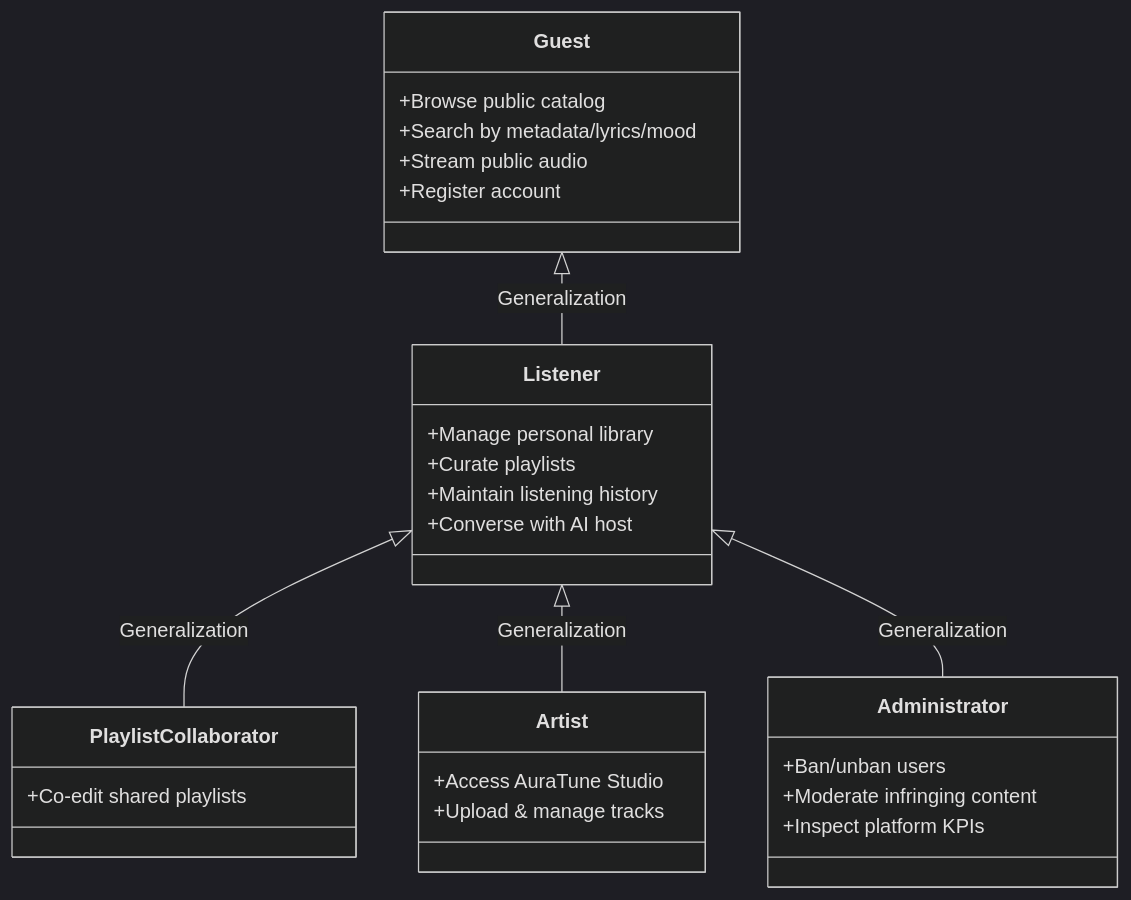
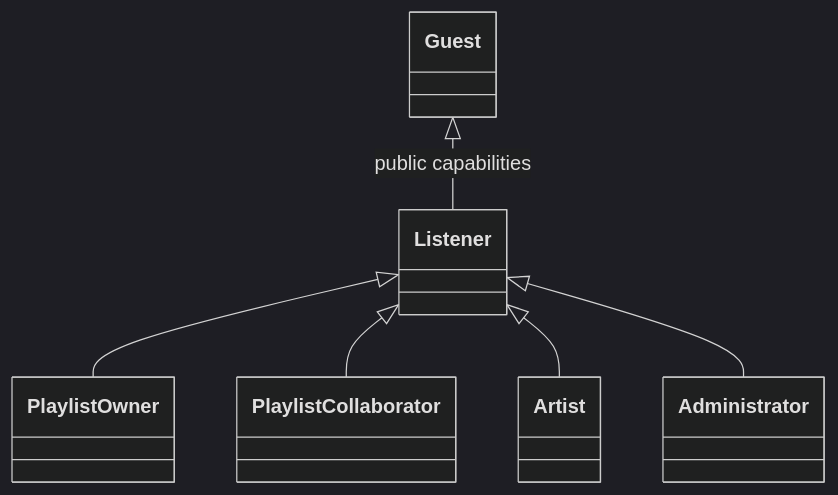
Before and after one commit to lecongminhnhut/AuraTune_G10: the first of 22 diagrams in docs/requirements/use-case-model.md, drawn with Mermaid (dark theme). The commit also changed other lines of this file and 3 other files, not shown here.

````diff
--- a/docs/requirements/use-case-model.md
+++ b/docs/requirements/use-case-model.md
@@ -64,32 +39,15 @@
 ```mermaid
 classDiagram
-    direction BT
-    class Guest {
-        +Browse public catalog
-        +Search by metadata/lyrics/mood
-        +Stream public audio
-        +Register account
-    }
-    class Listener {
-        +Manage personal library
-        +Curate playlists
-        +Maintain listening history
-        +Converse with AI host
-    }
-    class PlaylistCollaborator {
-        +Co-edit shared playlists
-    }
-    class Artist {
-        +Access AuraTune Studio
-        +Upload & manage tracks
-    }
-    class Administrator {
-        +Ban/unban users
-        +Moderate infringing content
-        +Inspect platform KPIs
-    }
-    Listener --|> Guest : Generalization
-    PlaylistCollaborator --|> Listener : Generalization
-    Artist --|> Listener : Generalization
-    Administrator --|> Listener : Generalization
+ direction BT
+ class Guest
+ class Listener
+ class PlaylistOwner
+ class PlaylistCollaborator
+ class Artist
+ class Administrator
+ Listener --|> Guest : public capabilities
+ PlaylistOwner --|> Listener
+ PlaylistCollaborator --|> Listener
+ Artist --|> Listener
+ Administrator --|> Listener
 ```
````
